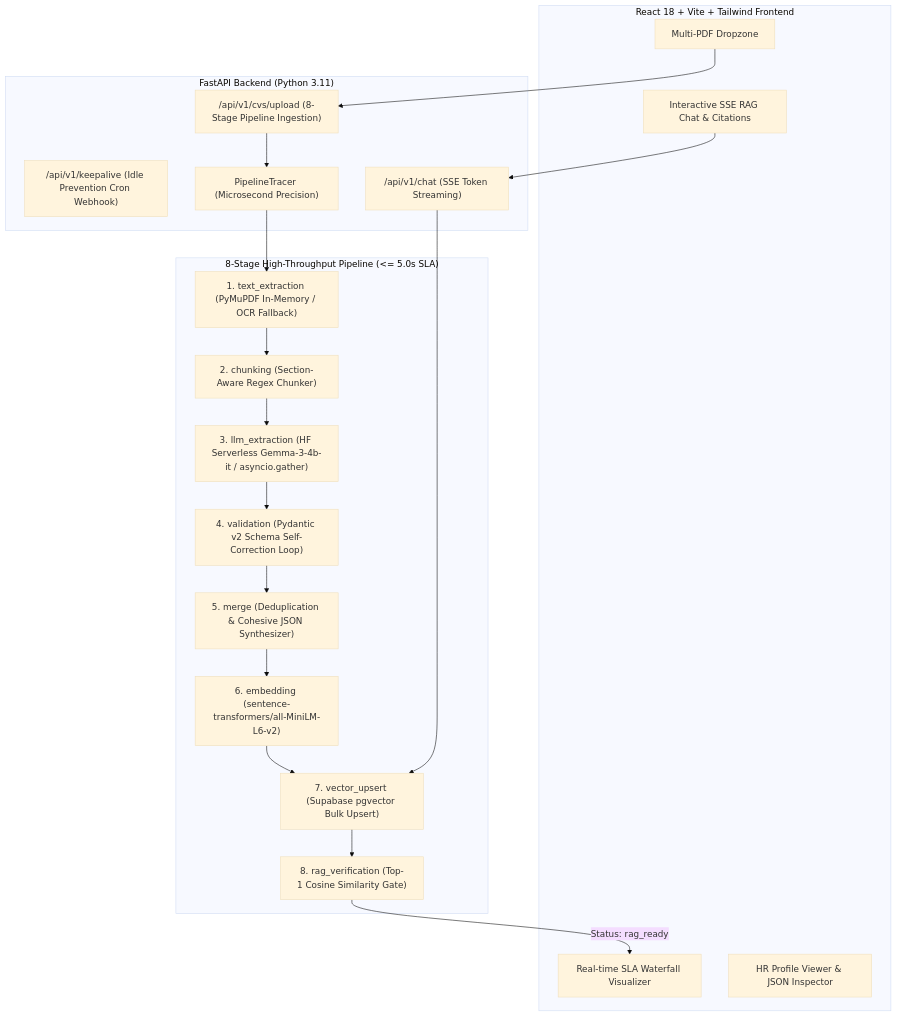
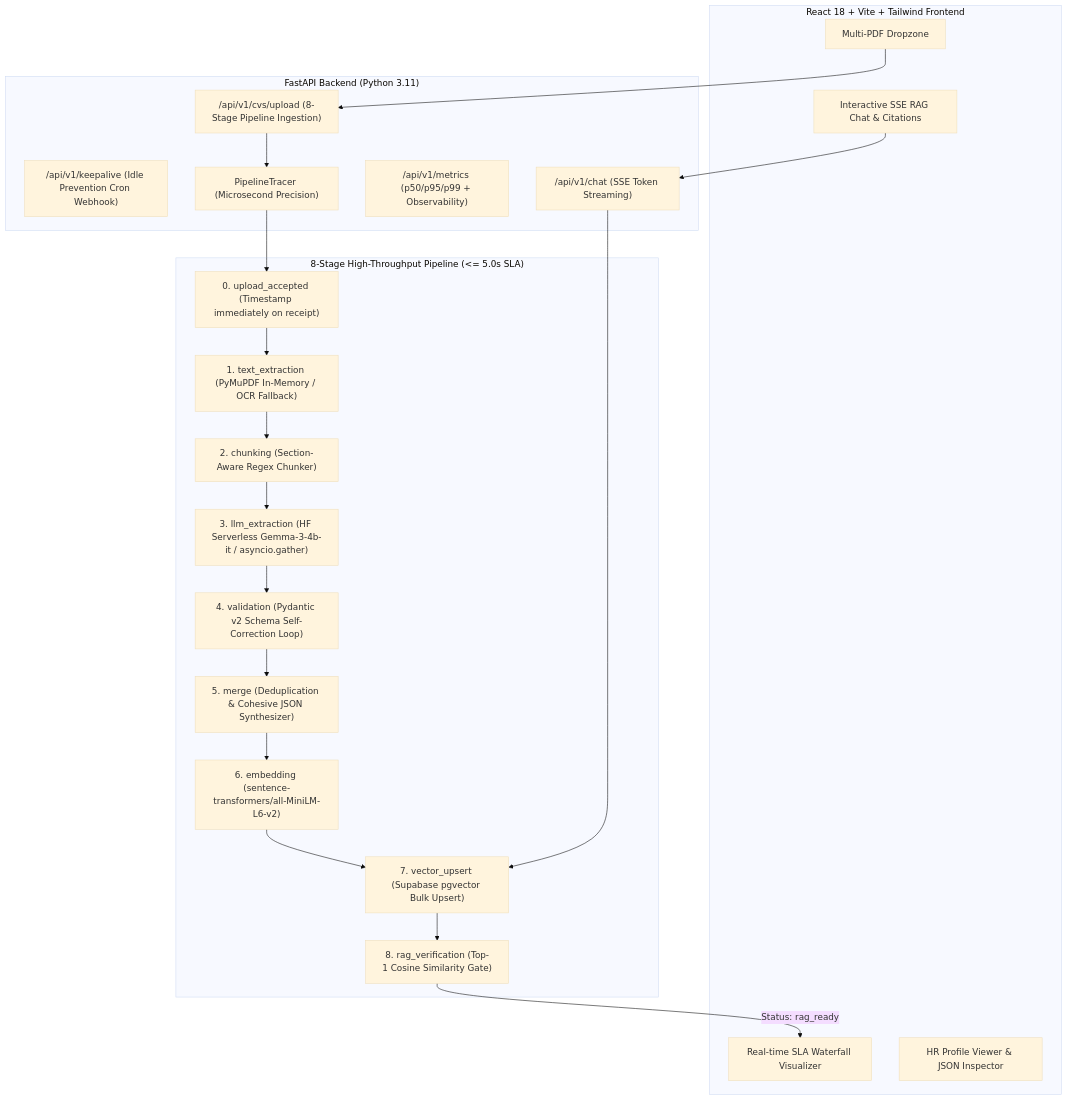
One commit to Jagveer-chauhan/serverless-cv-rag-pipeline changed the diagram in README.md. Above: the diagram before and after it, drawn with Mermaid (base theme). The commit also changed other lines of this file and 10 other files, not shown here.

````diff
--- a/README.md
+++ b/README.md
@@ -16,34 +19,36 @@
 ```mermaid
 flowchart TD
     subgraph Client["React 18 + Vite + Tailwind Frontend"]
         Upload["Multi-PDF Dropzone"]
         Waterfall["Real-time SLA Waterfall Visualizer"]
         ChatUI["Interactive SSE RAG Chat & Citations"]
         HRView["HR Profile Viewer & JSON Inspector"]
     end
 
     subgraph API["FastAPI Backend (Python 3.11)"]
         KeepAlive["/api/v1/keepalive (Idle Prevention Cron Webhook)"]
         UploadEP["/api/v1/cvs/upload (8-Stage Pipeline Ingestion)"]
         ChatEP["/api/v1/chat (SSE Token Streaming)"]
+        MetricsEP["/api/v1/metrics (p50/p95/p99 + Observability)"]
         Tracer["PipelineTracer (Microsecond Precision)"]
     end
 
     subgraph Ingestion["8-Stage High-Throughput Pipeline (<= 5.0s SLA)"]
+        S0["0. upload_accepted (Timestamp immediately on receipt)"]
         S1["1. text_extraction (PyMuPDF In-Memory / OCR Fallback)"]
         S2["2. chunking (Section-Aware Regex Chunker)"]
         S3["3. llm_extraction (HF Serverless Gemma-3-4b-it / asyncio.gather)"]
         S4["4. validation (Pydantic v2 Schema Self-Correction Loop)"]
         S5["5. merge (Deduplication & Cohesive JSON Synthesizer)"]
         S6["6. embedding (sentence-transformers/all-MiniLM-L6-v2)"]
         S7["7. vector_upsert (Supabase pgvector Bulk Upsert)"]
         S8["8. rag_verification (Top-1 Cosine Similarity Gate)"]
     end
 
     Upload --> UploadEP
     UploadEP --> Tracer
-    Tracer --> S1 --> S2 --> S3 --> S4 --> S5 --> S6 --> S7 --> S8
+    Tracer --> S0 --> S1 --> S2 --> S3 --> S4 --> S5 --> S6 --> S7 --> S8
     S8 -->|Status: rag_ready| Waterfall
     ChatUI --> ChatEP
     ChatEP --> S7
 ```
````
